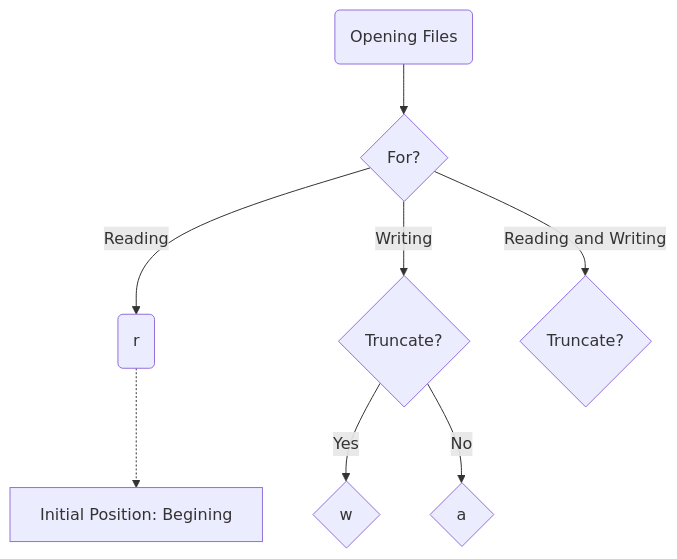
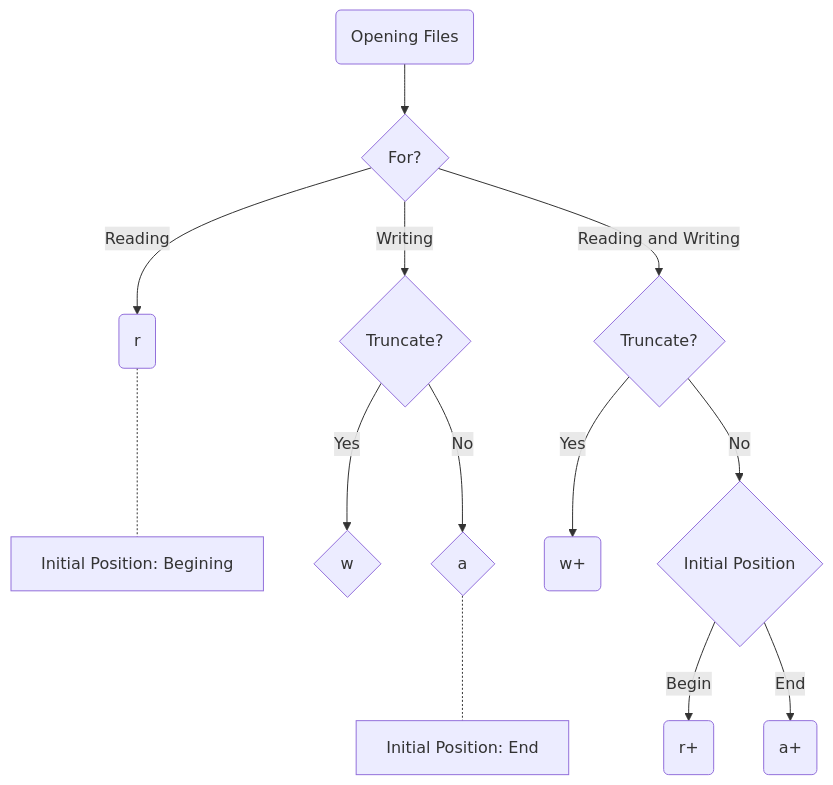
Before and after one commit to JCodeLearn/python3: the diagram in Python_Use.md, drawn with Mermaid. The commit also changed other lines of this file, not shown here.

````diff
--- a/Python_Use.md
+++ b/Python_Use.md
@@ -61,11 +60,16 @@
 ```mermaid
 graph TD
         A(Opening Files) --> B{For?}
         B --> |Reading| C(r) 
+        C -.- C1[Initial Position: Begining]
         B --> |Writing| D{Truncate?}
         B --> |Reading and Writing| E{Truncate?}
-        C -.-> C1[Initial Position: Begining]
         D --> |Yes| F{w}
         D --> |No| G{a}
+        G -.- G1[Initial Position: End]
+        E --> |Yes| H(w+)
+        E --> |No| I{Initial Position}
+        I --> |Begin| J(r+)
+        I --> |End| K(a+)
          
 ```
````
